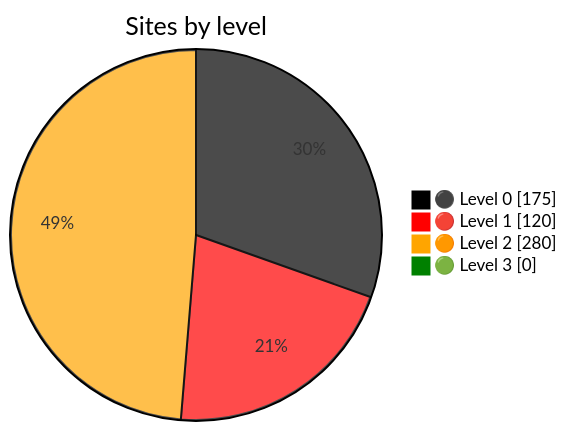
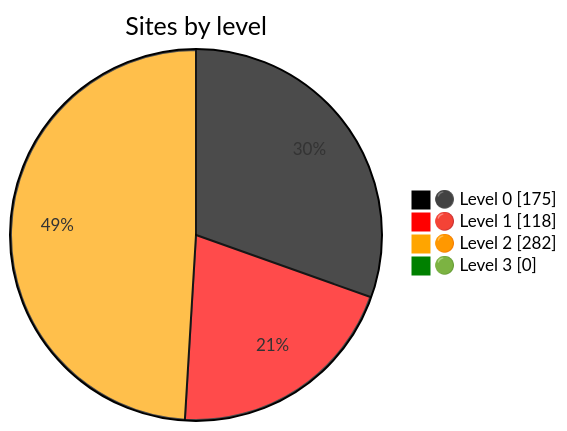
One commit to nuuuwan/gov_lk_web_auditor changed the diagram in README.md. Above: the diagram before and after it, drawn with Mermaid. The commit also changed other lines of this file and 2611 other files, not shown here.

````diff
--- a/README.md
+++ b/README.md
@@ -24,9 +24,9 @@
 ```mermaid
 %%{init: {"themeVariables":{"pie1":"black","pie2":"red","pie3":"orange","pie4":"green"}}}%%
 pie showData
     title Sites by level
     "⚫ Level 0" : 175
-    "🔴 Level 1" : 120
-    "🟠 Level 2" : 280
+    "🔴 Level 1" : 118
+    "🟠 Level 2" : 282
     "🟢 Level 3" : 0
 ```
````
